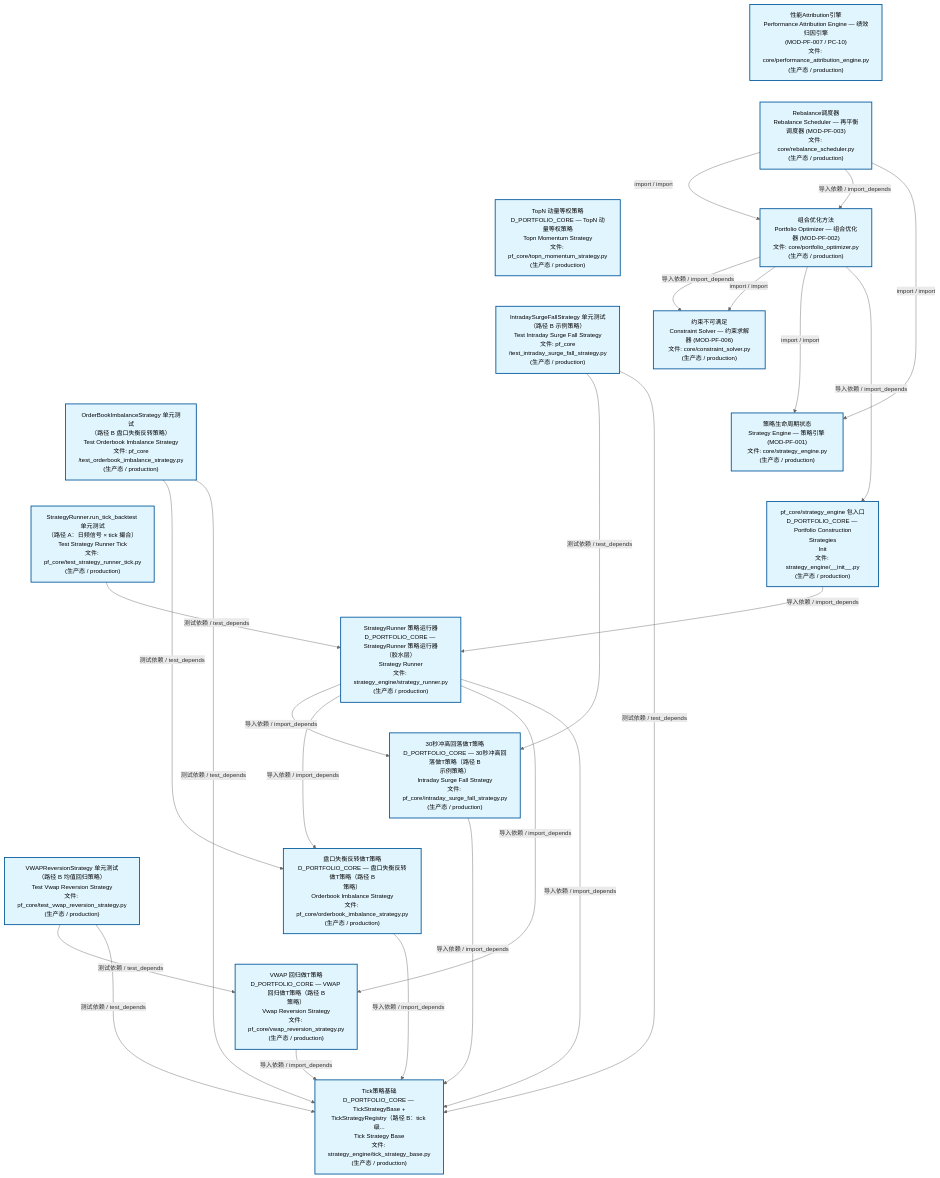
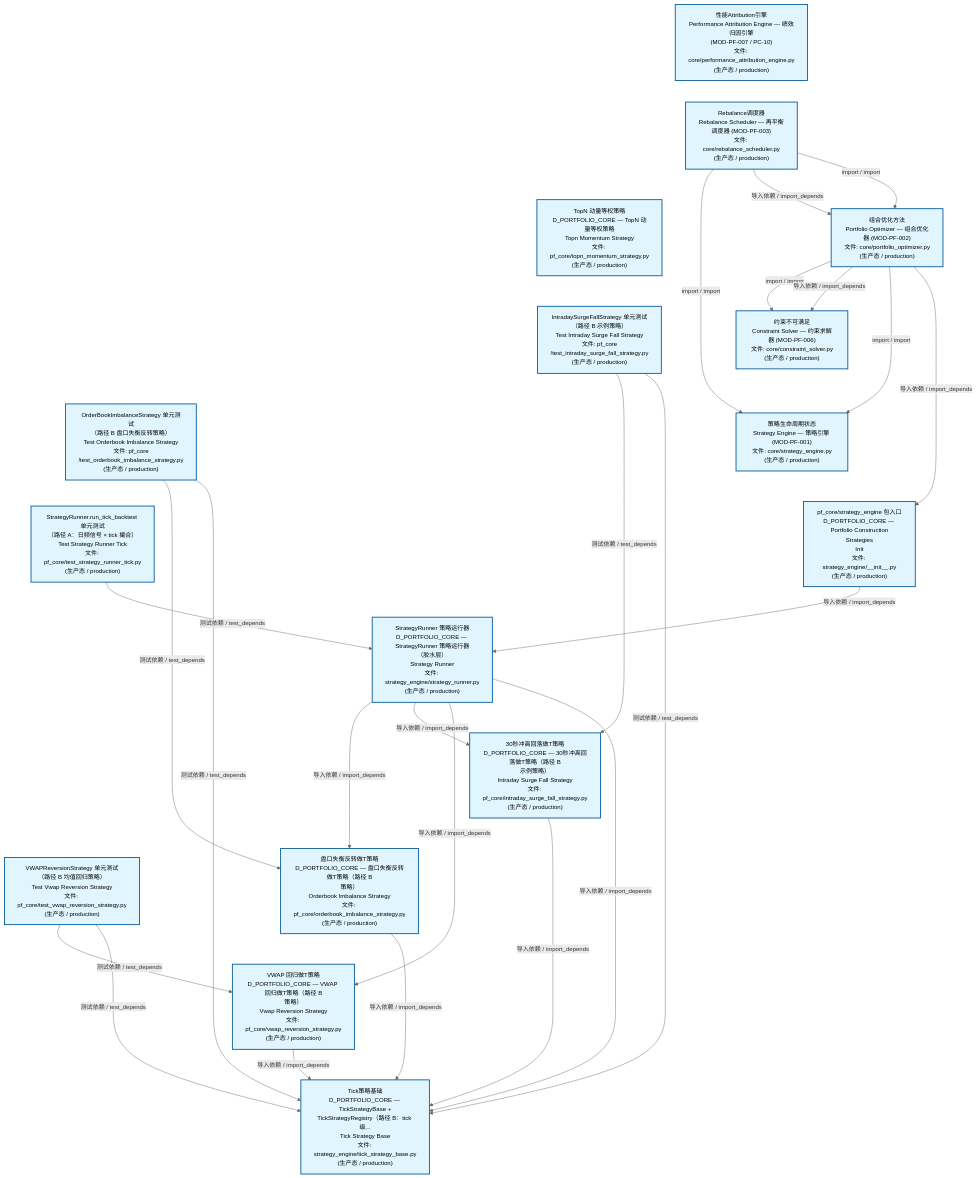
Before and after one commit to xuanFelixVan/ZephyrAlpha: the second of 3 diagrams in docs/02_enterprise_architecture/02_domain_architecture_docs/63_d_pf_core.md, drawn with Mermaid. The commit also changed other lines of this file and 47 other files, not shown here.

````diff
--- a/docs/02_enterprise_architecture/02_domain_architecture_docs/63_d_pf_core.md
+++ b/docs/02_enterprise_architecture/02_domain_architecture_docs/63_d_pf_core.md
@@ -140,57 +140,57 @@
 ```mermaid
 %%{init: {'theme': 'base', 'themeVariables': {'primaryColor': '#eaeaea', 'primaryTextColor': '#333333', 'primaryBorderColor': '#666666', 'lineColor': '#666666', 'secondaryColor': '#eaeaea', 'tertiaryColor': '#eaeaea', 'fontSize': '14px'}}}%%
 flowchart TD
     src_zephyr_pf_core_core_performance_attribution_engine_py["性能Attribution引擎<br/>Performance Attribution Engine — 绩效归因引擎<br/>(MOD-PF-007 / PC-10)<br/>文件: core/performance_attribution_engine.py<br/>(生产态 / production)"]
     src_zephyr_pf_core_core_rebalance_scheduler_py["Rebalance调度器<br/>Rebalance Scheduler — 再平衡调度器 (MOD-PF-003)<br/>文件: core/rebalance_scheduler.py<br/>(生产态 / production)"]
     src_zephyr_pf_core_topn_momentum_strategy_py["TopN 动量等权策略<br/>D_PORTFOLIO_CORE — TopN 动量等权策略<br/>Topn Momentum Strategy<br/>文件: pf_core/topn_momentum_strategy.py<br/>(生产态 / production)"]
     tests_pf_core_test_intraday_surge_fall_strategy_py["IntradaySurgeFallStrategy 单元测试<br/>（路径 B 示例策略）<br/>Test Intraday Surge Fall Strategy<br/>文件: pf_core<br/>/test_intraday_surge_fall_strategy.py<br/>(生产态 / production)"]
     tests_pf_core_test_orderbook_imbalance_strategy_py["OrderBookImbalanceStrategy 单元测试<br/>（路径 B 盘口失衡反转策略）<br/>Test Orderbook Imbalance Strategy<br/>文件: pf_core<br/>/test_orderbook_imbalance_strategy.py<br/>(生产态 / production)"]
     tests_pf_core_test_strategy_runner_tick_py["StrategyRunner.run_tick_backtest 单元测试<br/>（路径 A：日频信号 × tick 撮合）<br/>Test Strategy Runner Tick<br/>文件: pf_core/test_strategy_runner_tick.py<br/>(生产态 / production)"]
     tests_pf_core_test_vwap_reversion_strategy_py["VWAPReversionStrategy 单元测试<br/>（路径 B 均值回归策略）<br/>Test Vwap Reversion Strategy<br/>文件: pf_core/test_vwap_reversion_strategy.py<br/>(生产态 / production)"]
     src_zephyr_pf_core_core_performance_attribution_engine_py ~~~ src_zephyr_pf_core_core_rebalance_scheduler_py
     src_zephyr_pf_core_core_rebalance_scheduler_py ~~~ src_zephyr_pf_core_topn_momentum_strategy_py
     src_zephyr_pf_core_topn_momentum_strategy_py ~~~ tests_pf_core_test_intraday_surge_fall_strategy_py
     tests_pf_core_test_intraday_surge_fall_strategy_py ~~~ tests_pf_core_test_orderbook_imbalance_strategy_py
     tests_pf_core_test_orderbook_imbalance_strategy_py ~~~ tests_pf_core_test_strategy_runner_tick_py
     tests_pf_core_test_strategy_runner_tick_py ~~~ tests_pf_core_test_vwap_reversion_strategy_py
     src_zephyr_pf_core_core_portfolio_optimizer_py["组合优化方法<br/>Portfolio Optimizer — 组合优化器 (MOD-PF-002)<br/>文件: core/portfolio_optimizer.py<br/>(生产态 / production)"]
     src_zephyr_pf_core_core_constraint_solver_py["约束不可满足<br/>Constraint Solver — 约束求解器 (MOD-PF-006)<br/>文件: core/constraint_solver.py<br/>(生产态 / production)"]
     src_zephyr_pf_core_core_strategy_engine_py["策略生命周期状态<br/>Strategy Engine — 策略引擎 (MOD-PF-001)<br/>文件: core/strategy_engine.py<br/>(生产态 / production)"]
     src_zephyr_pf_core_strategy_engine_init_py["pf_core/strategy_engine 包入口<br/>D_PORTFOLIO_CORE — Portfolio Construction<br/>Strategies<br/>Init<br/>文件: strategy_engine/__init__.py<br/>(生产态 / production)"]
     src_zephyr_pf_core_core_constraint_solver_py ~~~ src_zephyr_pf_core_core_strategy_engine_py
     src_zephyr_pf_core_core_strategy_engine_py ~~~ src_zephyr_pf_core_strategy_engine_init_py
     src_zephyr_pf_core_strategy_engine_strategy_runner_py["StrategyRunner 策略运行器<br/>D_PORTFOLIO_CORE — StrategyRunner 策略运行器<br/>（胶水层）<br/>Strategy Runner<br/>文件: strategy_engine/strategy_runner.py<br/>(生产态 / production)"]
     src_zephyr_pf_core_intraday_surge_fall_strategy_py["30秒冲高回落做T策略<br/>D_PORTFOLIO_CORE — 30秒冲高回落做T策略（路径 B<br/>示例策略）<br/>Intraday Surge Fall Strategy<br/>文件: pf_core/intraday_surge_fall_strategy.py<br/>(生产态 / production)"]
     src_zephyr_pf_core_orderbook_imbalance_strategy_py["盘口失衡反转做T策略<br/>D_PORTFOLIO_CORE — 盘口失衡反转做T策略（路径 B<br/>策略）<br/>Orderbook Imbalance Strategy<br/>文件: pf_core/orderbook_imbalance_strategy.py<br/>(生产态 / production)"]
     src_zephyr_pf_core_vwap_reversion_strategy_py["VWAP 回归做T策略<br/>D_PORTFOLIO_CORE — VWAP 回归做T策略（路径 B<br/>策略）<br/>Vwap Reversion Strategy<br/>文件: pf_core/vwap_reversion_strategy.py<br/>(生产态 / production)"]
     src_zephyr_pf_core_intraday_surge_fall_strategy_py ~~~ src_zephyr_pf_core_orderbook_imbalance_strategy_py
     src_zephyr_pf_core_orderbook_imbalance_strategy_py ~~~ src_zephyr_pf_core_vwap_reversion_strategy_py
     src_zephyr_pf_core_strategy_engine_tick_strategy_base_py["Tick策略基础<br/>D_PORTFOLIO_CORE — TickStrategyBase +<br/>TickStrategyRegistry（路径 B：tick 级...<br/>Tick Strategy Base<br/>文件: strategy_engine/tick_strategy_base.py<br/>(生产态 / production)"]
+    src_zephyr_pf_core_orderbook_imbalance_strategy_py -->|导入依赖 / import_depends| src_zephyr_pf_core_strategy_engine_tick_strategy_base_py
     src_zephyr_pf_core_intraday_surge_fall_strategy_py -->|导入依赖 / import_depends| src_zephyr_pf_core_strategy_engine_tick_strategy_base_py
-    src_zephyr_pf_core_orderbook_imbalance_strategy_py -->|导入依赖 / import_depends| src_zephyr_pf_core_strategy_engine_tick_strategy_base_py
     src_zephyr_pf_core_vwap_reversion_strategy_py -->|导入依赖 / import_depends| src_zephyr_pf_core_strategy_engine_tick_strategy_base_py
+    src_zephyr_pf_core_core_rebalance_scheduler_py -->|import / import| src_zephyr_pf_core_core_strategy_engine_py
+    src_zephyr_pf_core_core_rebalance_scheduler_py -->|导入依赖 / import_depends| src_zephyr_pf_core_core_portfolio_optimizer_py
+    src_zephyr_pf_core_core_rebalance_scheduler_py -->|import / import| src_zephyr_pf_core_core_portfolio_optimizer_py
+    src_zephyr_pf_core_core_portfolio_optimizer_py -->|import / import| src_zephyr_pf_core_core_constraint_solver_py
     src_zephyr_pf_core_core_portfolio_optimizer_py -->|导入依赖 / import_depends| src_zephyr_pf_core_core_constraint_solver_py
-    src_zephyr_pf_core_core_portfolio_optimizer_py -->|import / import| src_zephyr_pf_core_core_constraint_solver_py
     src_zephyr_pf_core_core_portfolio_optimizer_py -->|import / import| src_zephyr_pf_core_core_strategy_engine_py
     src_zephyr_pf_core_core_portfolio_optimizer_py -->|导入依赖 / import_depends| src_zephyr_pf_core_strategy_engine_init_py
-    src_zephyr_pf_core_core_rebalance_scheduler_py -->|import / import| src_zephyr_pf_core_core_portfolio_optimizer_py
-    src_zephyr_pf_core_core_rebalance_scheduler_py -->|导入依赖 / import_depends| src_zephyr_pf_core_core_portfolio_optimizer_py
-    src_zephyr_pf_core_core_rebalance_scheduler_py -->|import / import| src_zephyr_pf_core_core_strategy_engine_py
+    src_zephyr_pf_core_strategy_engine_init_py -->|导入依赖 / import_depends| src_zephyr_pf_core_strategy_engine_strategy_runner_py
+    src_zephyr_pf_core_strategy_engine_strategy_runner_py -->|导入依赖 / import_depends| src_zephyr_pf_core_orderbook_imbalance_strategy_py
     src_zephyr_pf_core_strategy_engine_strategy_runner_py -->|导入依赖 / import_depends| src_zephyr_pf_core_intraday_surge_fall_strategy_py
-    src_zephyr_pf_core_strategy_engine_strategy_runner_py -->|导入依赖 / import_depends| src_zephyr_pf_core_orderbook_imbalance_strategy_py
     src_zephyr_pf_core_strategy_engine_strategy_runner_py -->|导入依赖 / import_depends| src_zephyr_pf_core_vwap_reversion_strategy_py
     src_zephyr_pf_core_strategy_engine_strategy_runner_py -->|导入依赖 / import_depends| src_zephyr_pf_core_strategy_engine_tick_strategy_base_py
-    src_zephyr_pf_core_strategy_engine_init_py -->|导入依赖 / import_depends| src_zephyr_pf_core_strategy_engine_strategy_runner_py
+    tests_pf_core_test_orderbook_imbalance_strategy_py -->|测试依赖 / test_depends| src_zephyr_pf_core_orderbook_imbalance_strategy_py
+    tests_pf_core_test_orderbook_imbalance_strategy_py -->|测试依赖 / test_depends| src_zephyr_pf_core_strategy_engine_tick_strategy_base_py
     tests_pf_core_test_intraday_surge_fall_strategy_py -->|测试依赖 / test_depends| src_zephyr_pf_core_intraday_surge_fall_strategy_py
     tests_pf_core_test_intraday_surge_fall_strategy_py -->|测试依赖 / test_depends| src_zephyr_pf_core_strategy_engine_tick_strategy_base_py
     tests_pf_core_test_vwap_reversion_strategy_py -->|测试依赖 / test_depends| src_zephyr_pf_core_vwap_reversion_strategy_py
     tests_pf_core_test_vwap_reversion_strategy_py -->|测试依赖 / test_depends| src_zephyr_pf_core_strategy_engine_tick_strategy_base_py
-    tests_pf_core_test_orderbook_imbalance_strategy_py -->|测试依赖 / test_depends| src_zephyr_pf_core_orderbook_imbalance_strategy_py
-    tests_pf_core_test_orderbook_imbalance_strategy_py -->|测试依赖 / test_depends| src_zephyr_pf_core_strategy_engine_tick_strategy_base_py
     tests_pf_core_test_strategy_runner_tick_py -->|测试依赖 / test_depends| src_zephyr_pf_core_strategy_engine_strategy_runner_py
     classDef production fill:#e1f5fe,stroke:#01579b,stroke-width:2px,color:#000
     classDef design fill:#fff3e0,stroke:#e65100,stroke-width:2px,color:#000,stroke-dasharray: 5 5
     classDef external_prod fill:#e8f4fd,stroke:#0277bd,stroke-width:1px,color:#000
     classDef external_design fill:#fff8e7,stroke:#ef6c00,stroke-width:1px,color:#000,stroke-dasharray: 5 5
     class src_zephyr_pf_core_core_constraint_solver_py,src_zephyr_pf_core_core_performance_attribution_engine_py,src_zephyr_pf_core_core_portfolio_optimizer_py,src_zephyr_pf_core_core_rebalance_scheduler_py,src_zephyr_pf_core_core_strategy_engine_py,src_zephyr_pf_core_intraday_surge_fall_strategy_py,src_zephyr_pf_core_orderbook_imbalance_strategy_py,src_zephyr_pf_core_strategy_engine_init_py,src_zephyr_pf_core_strategy_engine_strategy_runner_py,src_zephyr_pf_core_strategy_engine_tick_strategy_base_py,src_zephyr_pf_core_topn_momentum_strategy_py,src_zephyr_pf_core_vwap_reversion_strategy_py,tests_pf_core_test_intraday_surge_fall_strategy_py,tests_pf_core_test_orderbook_imbalance_strategy_py,tests_pf_core_test_strategy_runner_tick_py,tests_pf_core_test_vwap_reversion_strategy_py production
 ```
````
